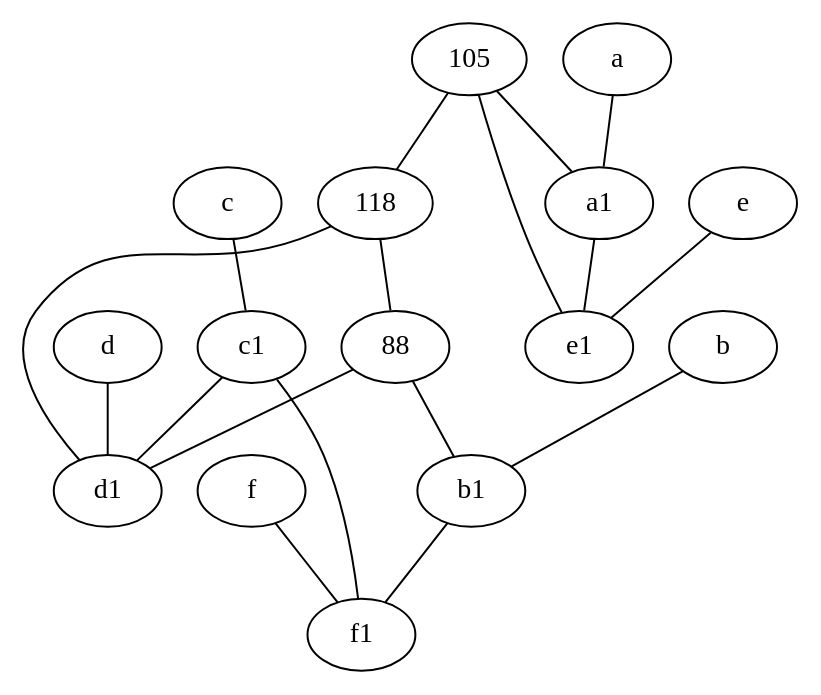
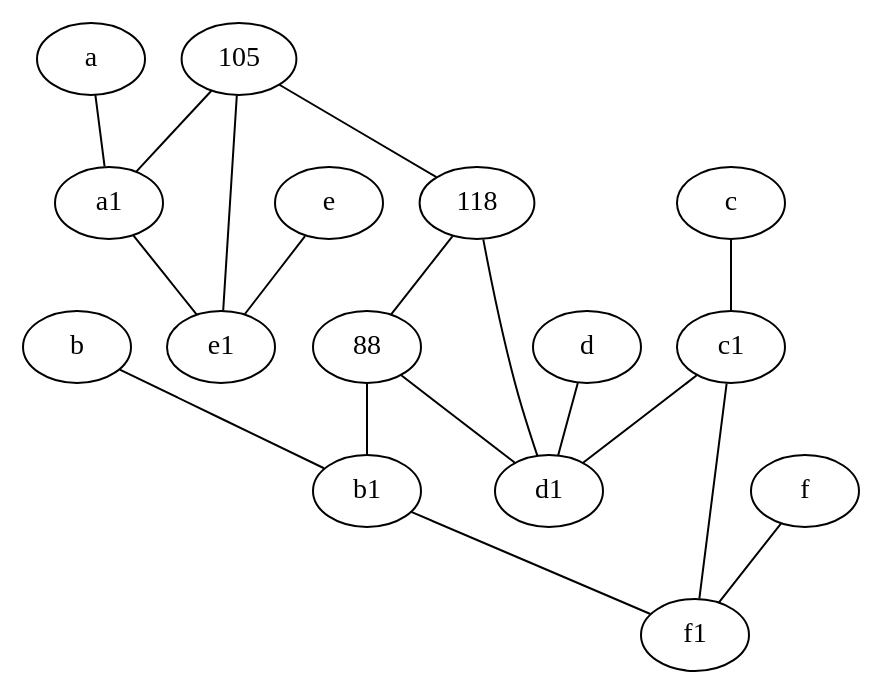
One commit to anisabnis/graph_inference changed the diagram in results_deter/tata/orig.dot. Above: the diagram before and after it, drawn with Graphviz. The commit also changed other lines of this file and 927 other files, not shown here.

```diff
--- a/results_deter/tata/orig.dot
+++ b/results_deter/tata/orig.dot
@@ -1,35 +1,35 @@
 graph {
 	node [labelfontsize=50]
+	b [labelfontsize=50 pos="10,4!"]
+	a1 [labelfontsize=50 pos="8,3!"]
 	a [labelfontsize=50 pos="8,2!"]
+	e1 [labelfontsize=50 pos="7,7!"]
+	88 [labelfontsize=50]
+	c1 [labelfontsize=50 pos="4.5,3!"]
+	e [labelfontsize=50 pos="7,9!"]
+	105 [labelfontsize=50]
 	d1 [labelfontsize=50 pos="3,5!"]
-	e1 [labelfontsize=50 pos="7,7!"]
-	e [labelfontsize=50 pos="7,9!"]
-	88 [labelfontsize=50]
-	b [labelfontsize=50 pos="10,4!"]
+	f1 [labelfontsize=50 pos="3,8!"]
+	f [labelfontsize=50 pos="3,9!"]
+	c [labelfontsize=50 pos="4.5,2!"]
 	118 [labelfontsize=50]
-	a1 [labelfontsize=50 pos="8,3!"]
-	105 [labelfontsize=50]
-	f1 [labelfontsize=50 pos="3,8!"]
 	d [labelfontsize=50 pos="2,5!"]
-	f [labelfontsize=50 pos="3,9!"]
 	b1 [labelfontsize=50 pos="9,4!"]
-	c1 [labelfontsize=50 pos="4.5,3!"]
-	c [labelfontsize=50 pos="4.5,2!"]
 	d -- d1
+	88 -- b1
+	105 -- a1
+	b1 -- f1
+	88 -- d1
+	f -- f1
+	118 -- d1
 	105 -- 118
-	105 -- a1
 	c -- c1
-	b1 -- f1
-	118 -- d1
+	105 -- e1
+	e -- e1
+	b -- b1
+	a -- a1
+	c1 -- d1
 	a1 -- e1
-	b -- b1
-	f -- f1
 	c1 -- f1
-	105 -- e1
-	c1 -- d1
 	118 -- 88
-	e -- e1
-	88 -- b1
-	88 -- d1
-	a -- a1
 }
```
